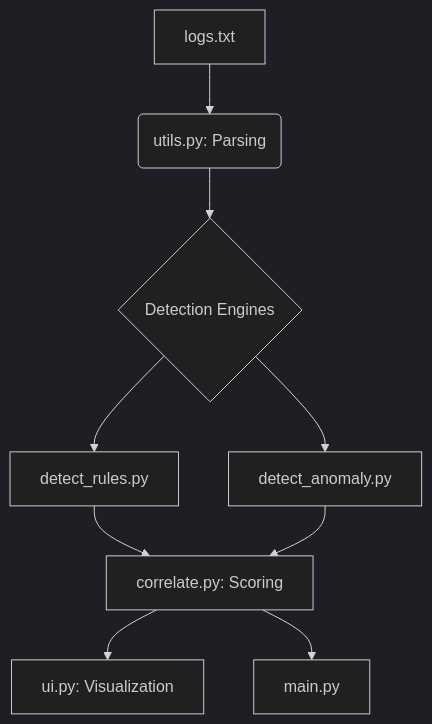
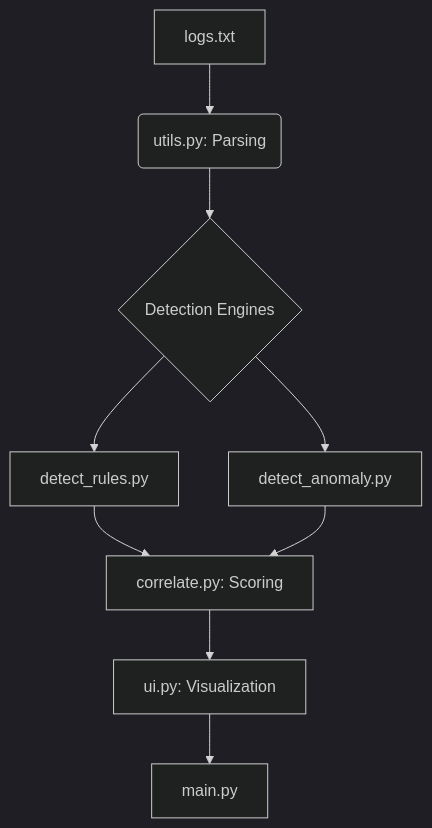
The diagram in README.md (mhdzayid/soc-detection-correlation-lab), drawn with Mermaid (dark theme) before and after one commit. The commit also changed other lines of this file, not shown here.

````diff
--- a/README.md
+++ b/README.md
@@ -38,11 +38,11 @@
 ```mermaid
 graph TD
     A[logs.txt] --> B(utils.py: Parsing)
     B --> C{Detection Engines}
     C --> D[detect_rules.py]
     C --> E[detect_anomaly.py]
     D --> F[correlate.py: Scoring]
     E --> F
     F --> G[ui.py: Visualization]
-    F --> H[main.py]
+    G --> H[main.py]
 ```
````
